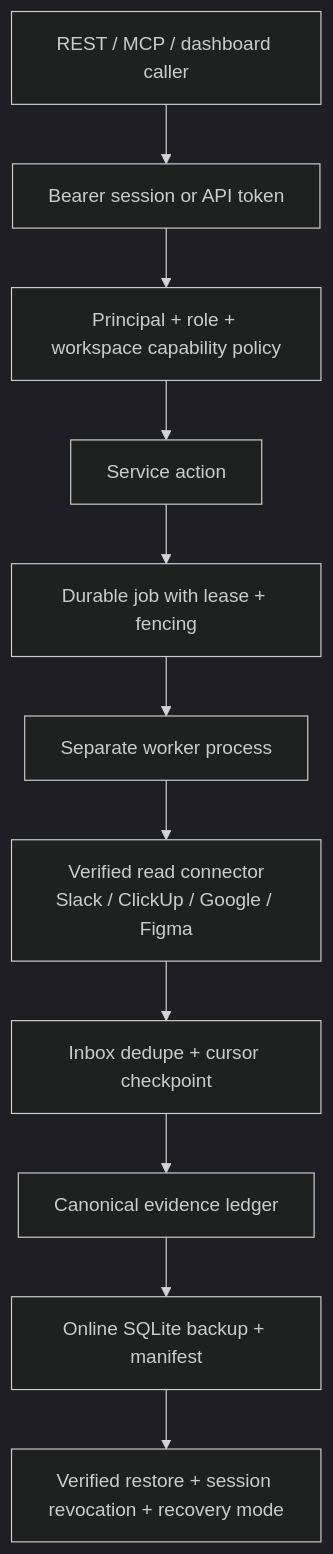
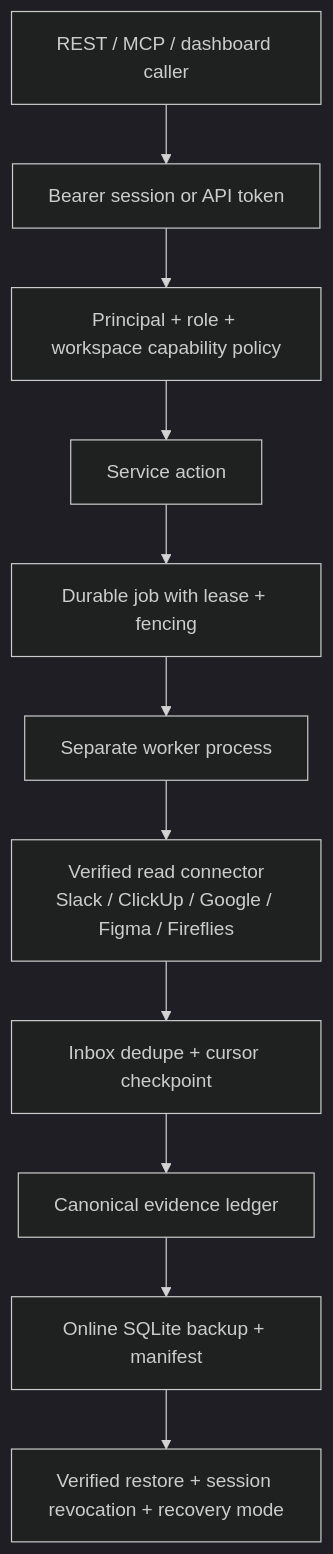
Before and after one commit to wasayijaz/Auremgrid-Company-OS: the fifth of 6 diagrams in README.md, drawn with Mermaid (dark theme). The commit also changed other lines of this file and 9 other files, not shown here.

Commit message:
feat(connectors): enable single-account Fireflies live read synchronization

````diff
--- a/README.md
+++ b/README.md
@@ -156,13 +156,13 @@
 ```mermaid
 flowchart TD
     Client[REST / MCP / dashboard caller] --> Auth[Bearer session or API token]
     Auth --> Policy[Principal + role + workspace capability policy]
     Policy --> API[Service action]
     API --> Job[Durable job with lease + fencing]
     Job --> Worker[Separate worker process]
-    Worker --> Connector[Verified read connector<br/>Slack / ClickUp / Google / Figma]
+    Worker --> Connector[Verified read connector<br/>Slack / ClickUp / Google / Figma / Fireflies]
     Connector --> Inbox[Inbox dedupe + cursor checkpoint]
     Inbox --> Ledger[Canonical evidence ledger]
     Ledger --> Backup[Online SQLite backup + manifest]
     Backup --> Restore[Verified restore + session revocation + recovery mode]
 ```
````
